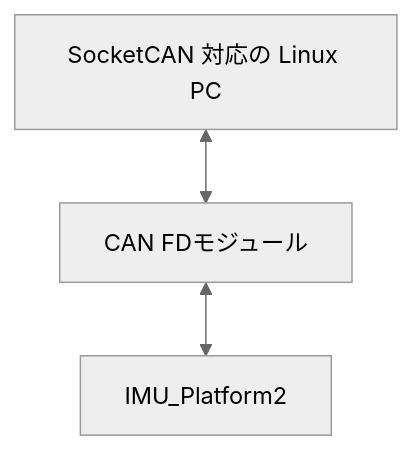
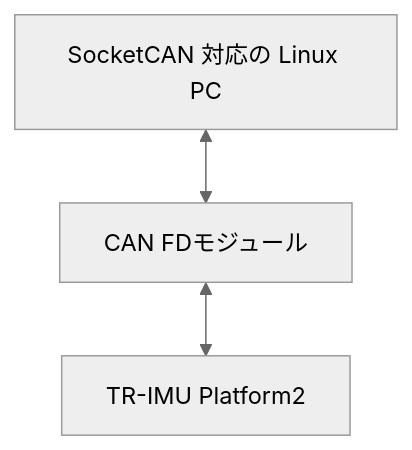
The second of 2 diagrams in README.md (technoroad/TR-IMU2-PythonTestApp), drawn with Mermaid (neutral theme) before and after one commit. The commit also changed other lines of this file, not shown here.

````diff
--- a/README.md
+++ b/README.md
@@ -64,5 +64,5 @@
 ```mermaid
 graph TB
     PC["SocketCAN 対応の Linux PC"] <-->|" "| MODULE["CAN FDモジュール"]
-    MODULE <-->|" "| PLATFORM["IMU_Platform2"]
+    MODULE <-->|" "| PLATFORM["TR-IMU Platform2"]
 ```
````
